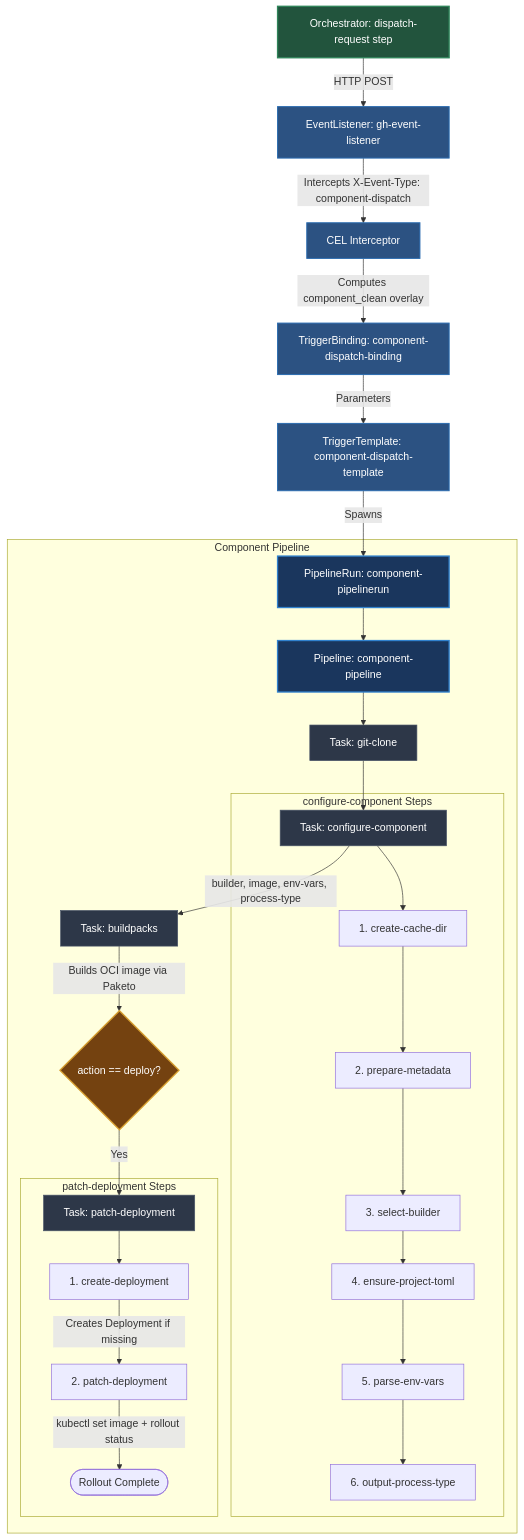
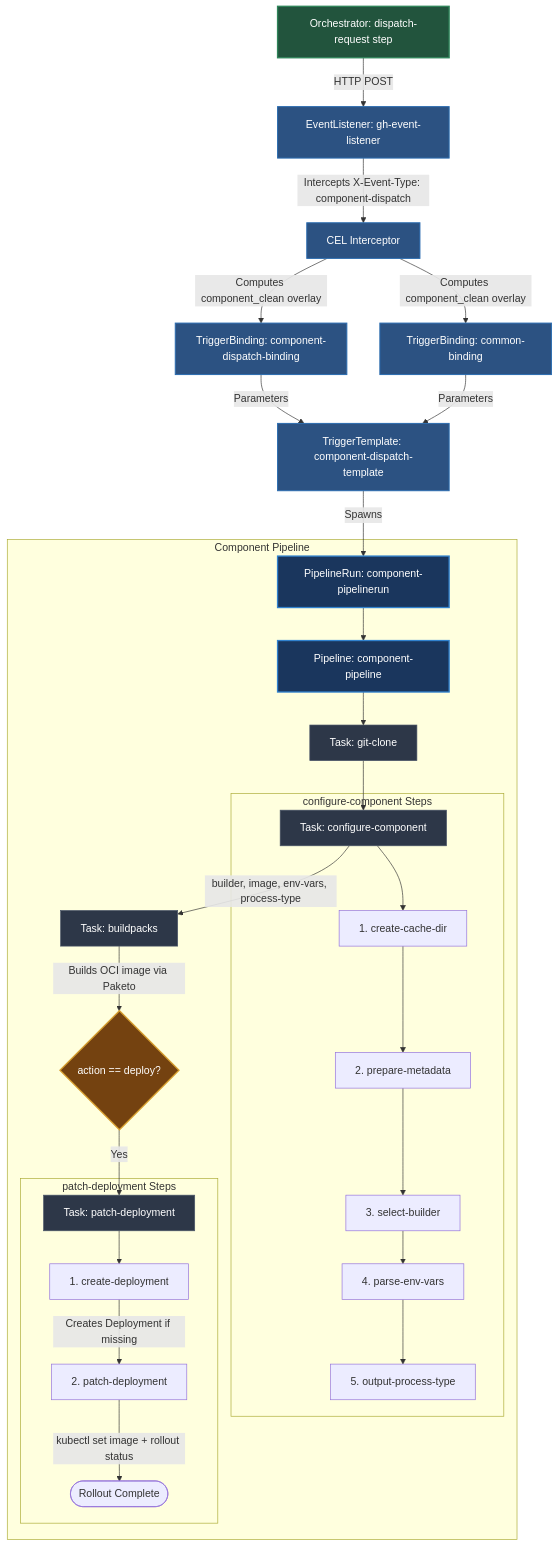
Before and after one commit to khanhcmlab/saritasa-devops-build-samples: the second of 2 diagrams in tekton-platform/README.md, drawn with Mermaid. The commit also changed other lines of this file, not shown here.

````diff
--- a/tekton-platform/README.md
+++ b/tekton-platform/README.md
@@ -75,50 +77,51 @@
 ```mermaid
 flowchart TD
     %% Input Event from dispatch-pipelinerun
     DispReq[Orchestrator: dispatch-request step] -->|HTTP POST| EL_Child[EventListener: gh-event-listener]
 
     %% Webhook Triggers Processing
     EL_Child -->|Intercepts X-Event-Type: component-dispatch| CEL[CEL Interceptor]
     CEL -->|Computes component_clean overlay| Bind2[TriggerBinding: component-dispatch-binding]
+    CEL -->|Computes component_clean overlay| BindComm[TriggerBinding: common-binding]
     Bind2 -->|Parameters| Temp2[TriggerTemplate: component-dispatch-template]
+    BindComm -->|Parameters| Temp2
     Temp2 -->|Spawns| PR2[PipelineRun: component-pipelinerun]
 
     %% Component Pipeline
     subgraph Component Pipeline
         PR2 --> Pipe2[Pipeline: component-pipeline]
         Pipe2 --> Task_Clone[Task: git-clone]
         Task_Clone --> Task_Config[Task: configure-component]
 
         subgraph configure-component Steps
             Task_Config --> Step_Cache[1. create-cache-dir]
             Step_Cache --> Step_Meta[2. prepare-metadata]
             Step_Meta --> Step_Builder[3. select-builder]
-            Step_Builder --> Step_Toml[4. ensure-project-toml]
-            Step_Toml --> Step_Env[5. parse-env-vars]
-            Step_Env --> Step_Proc[6. output-process-type]
+            Step_Builder --> Step_Env[4. parse-env-vars]
+            Step_Env --> Step_Proc[5. output-process-type]
         end
 
         Task_Config -->|builder, image, env-vars, process-type| Task_BP[Task: buildpacks]
         Task_BP -->|Builds OCI image via Paketo| Task_Deploy{action == deploy?}
         Task_Deploy -->|Yes| Task_Patch[Task: patch-deployment]
 
         subgraph patch-deployment Steps
             Task_Patch --> Deploy_Create[1. create-deployment]
             Deploy_Create -->|Creates Deployment if missing| Deploy_Patch[2. patch-deployment]
             Deploy_Patch -->|kubectl set image + rollout status| DeployEnd([Rollout Complete])
         end
     end
 
     %% Styling
     classDef pipeline fill:#1A365D,stroke:#3182CE,stroke-width:2px,color:#fff
     classDef task fill:#2D3748,stroke:#4A5568,stroke-width:1px,color:#fff
     classDef trigger fill:#2C5282,stroke:#2B6CB0,stroke-width:1.5px,color:#fff
     classDef input fill:#22543D,stroke:#2F855A,stroke-width:2px,color:#fff
     classDef decision fill:#744210,stroke:#D69E2E,stroke-width:2px,color:#fff
 
     class PR2,Pipe2 pipeline
     class Task_Clone,Task_Config,Task_BP,Task_Patch task
-    class EL_Child,CEL,Bind2,Temp2 trigger
+    class EL_Child,CEL,Bind2,BindComm,Temp2 trigger
     class DispReq input
     class Task_Deploy decision
 ```
````
